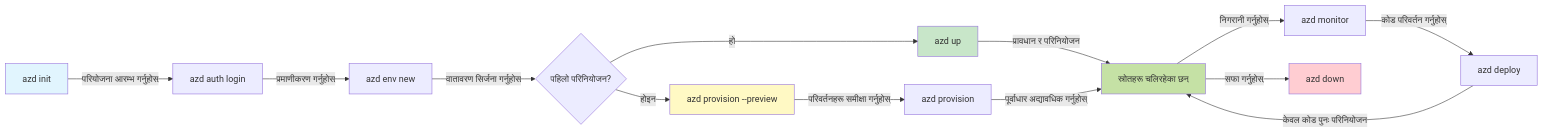
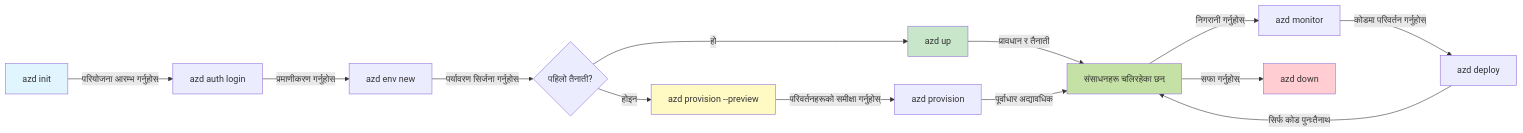
Before and after one commit to microsoft/AZD-for-beginners: the first of 2 diagrams in translations/ne/docs/chapter-01-foundation/azd-basics.md, drawn with Mermaid. The commit also changed other lines of this file and 101 other files, not shown here.

````diff
--- a/translations/ne/docs/chapter-01-foundation/azd-basics.md
+++ b/translations/ne/docs/chapter-01-foundation/azd-basics.md
@@ -254,21 +271,21 @@
 ```mermaid
 graph LR
     A[azd init] -->|परियोजना आरम्भ गर्नुहोस्| B[azd auth login]
     B -->|प्रमाणीकरण गर्नुहोस्| C[azd env new]
-    C -->|वातावरण सिर्जना गर्नुहोस्| D{पहिलो परिनियोजन?}
+    C -->|पर्यावरण सिर्जना गर्नुहोस्| D{पहिलो तैनाती?}
     D -->|हो| E[azd up]
     D -->|होइन| F[azd provision --preview]
-    F -->|परिवर्तनहरू समीक्षा गर्नुहोस्| G[azd provision]
-    E -->|प्रावधान र परिनियोजन| H[स्रोतहरू चलिरहेका छन्]
-    G -->|पूर्वाधार अद्यावधिक गर्नुहोस्| H
+    F -->|परिवर्तनहरूको समीक्षा गर्नुहोस्| G[azd provision]
+    E -->|प्रावधान र तैनाती| H[संसाधनहरू चलिरहेका छन्]
+    G -->|पूर्वाधार अद्यावधिक| H
     H -->|निगरानी गर्नुहोस्| I[azd monitor]
-    I -->|कोड परिवर्तन गर्नुहोस्| J[azd deploy]
-    J -->|केवल कोड पुनः परिनियोजन| H
+    I -->|कोडमा परिवर्तन गर्नुहोस्| J[azd deploy]
+    J -->|सिर्फ कोड पुनःतैनाथ| H
     H -->|सफा गर्नुहोस्| K[azd down]
     
     style A fill:#e1f5fe
     style E fill:#c8e6c9
     style F fill:#fff9c4
     style H fill:#c5e1a5
     style K fill:#ffcdd2
 ```
````
